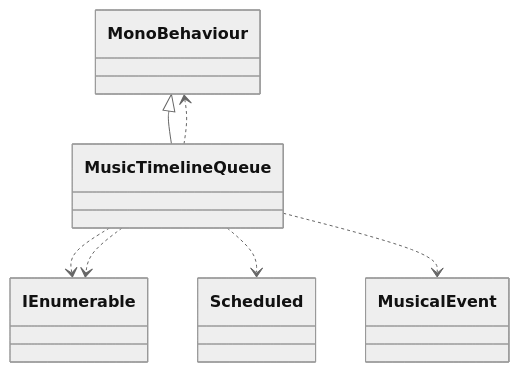
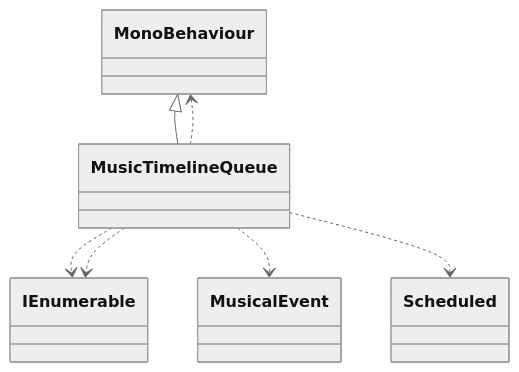
Before and after one commit to schnock-art/project_inspector: the tenth of 31 diagrams in test/test.md, drawn with Mermaid (neutral theme). The commit also changed other lines of this file and 1 other file, not shown here.

````diff
--- a/test/test.md
+++ b/test/test.md
@@ -297,9 +319,9 @@
 ```mermaid
 classDiagram
 MonoBehaviour <|-- MusicTimelineQueue
 MusicTimelineQueue ..> IEnumerable
+MusicTimelineQueue ..> MonoBehaviour
+MusicTimelineQueue ..> MusicalEvent
 MusicTimelineQueue ..> Scheduled
 MusicTimelineQueue ..> IEnumerable
-MusicTimelineQueue ..> MonoBehaviour
-MusicTimelineQueue ..> MusicalEvent
 ```
````
